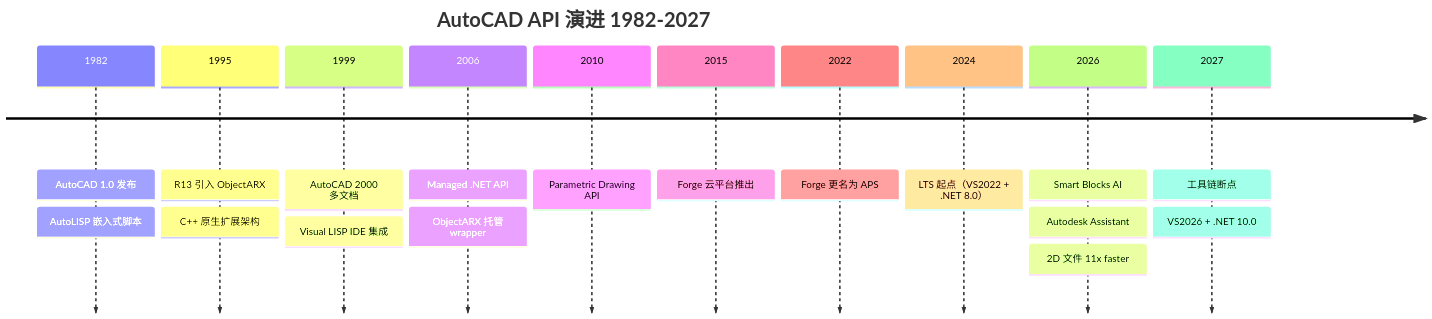
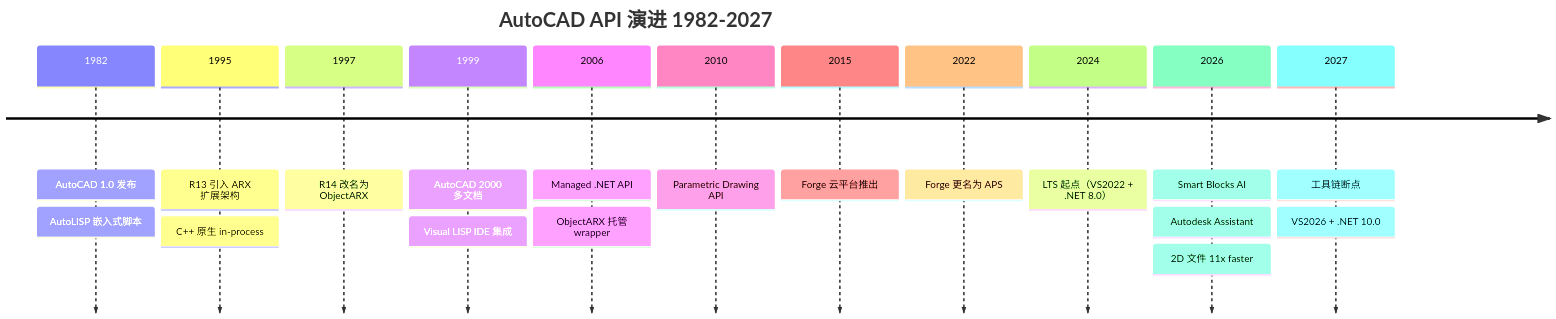
The first of 2 diagrams in docs/platforms/autocad.md (Lewis0x/LewisDocs), drawn with Mermaid before and after one commit. The commit also changed other lines of this file and 22 other files, not shown here.

````diff
--- a/docs/platforms/autocad.md
+++ b/docs/platforms/autocad.md
@@ -53,21 +53,22 @@
 ```mermaid
 timeline
     title AutoCAD API 演进 1982-2027
     1982 : AutoCAD 1.0 发布
          : AutoLISP 嵌入式脚本
-    1995 : R13 引入 ObjectARX
-         : C++ 原生扩展架构
+    1995 : R13 引入 ARX 扩展架构
+         : C++ 原生 in-process
+    1997 : R14 改名为 ObjectARX
     1999 : AutoCAD 2000 多文档
          : Visual LISP IDE 集成
     2006 : Managed .NET API
          : ObjectARX 托管 wrapper
     2010 : Parametric Drawing API
     2015 : Forge 云平台推出
     2022 : Forge 更名为 APS
     2024 : LTS 起点（VS2022 + .NET 8.0）
     2026 : Smart Blocks AI
          : Autodesk Assistant
          : 2D 文件 11x faster
     2027 : 工具链断点
          : VS2026 + .NET 10.0
 ```
````
